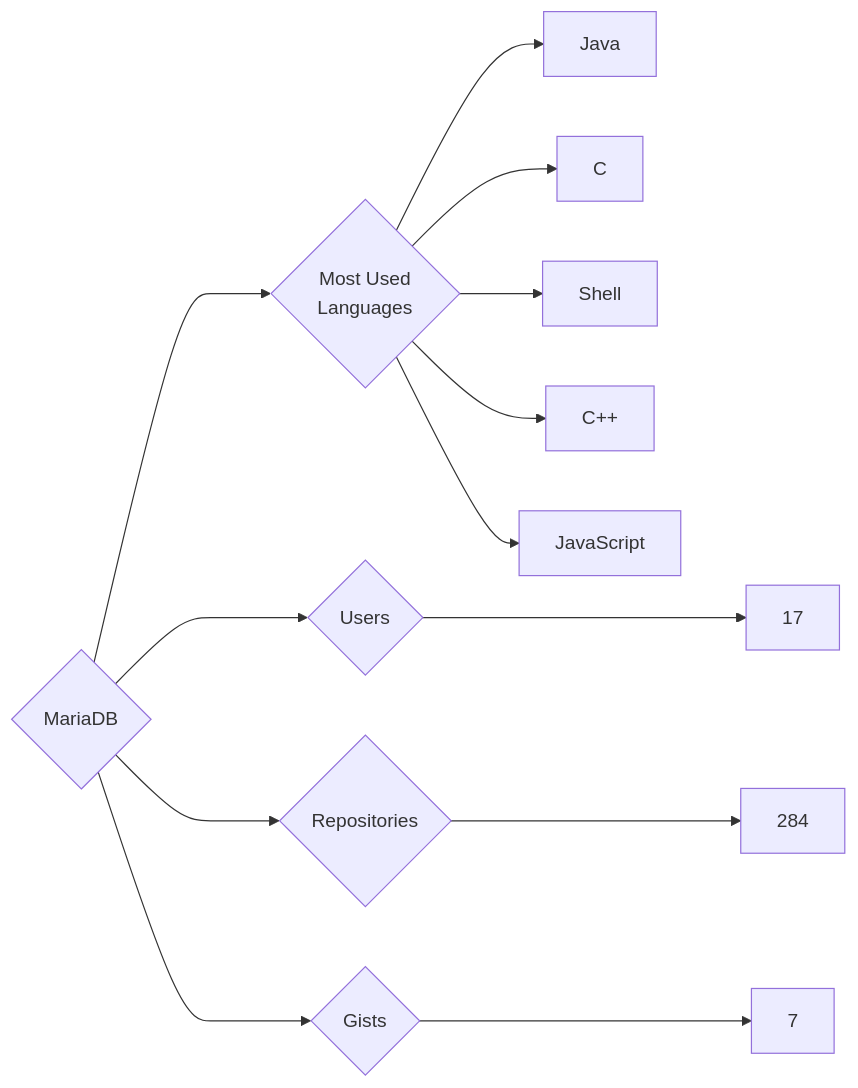
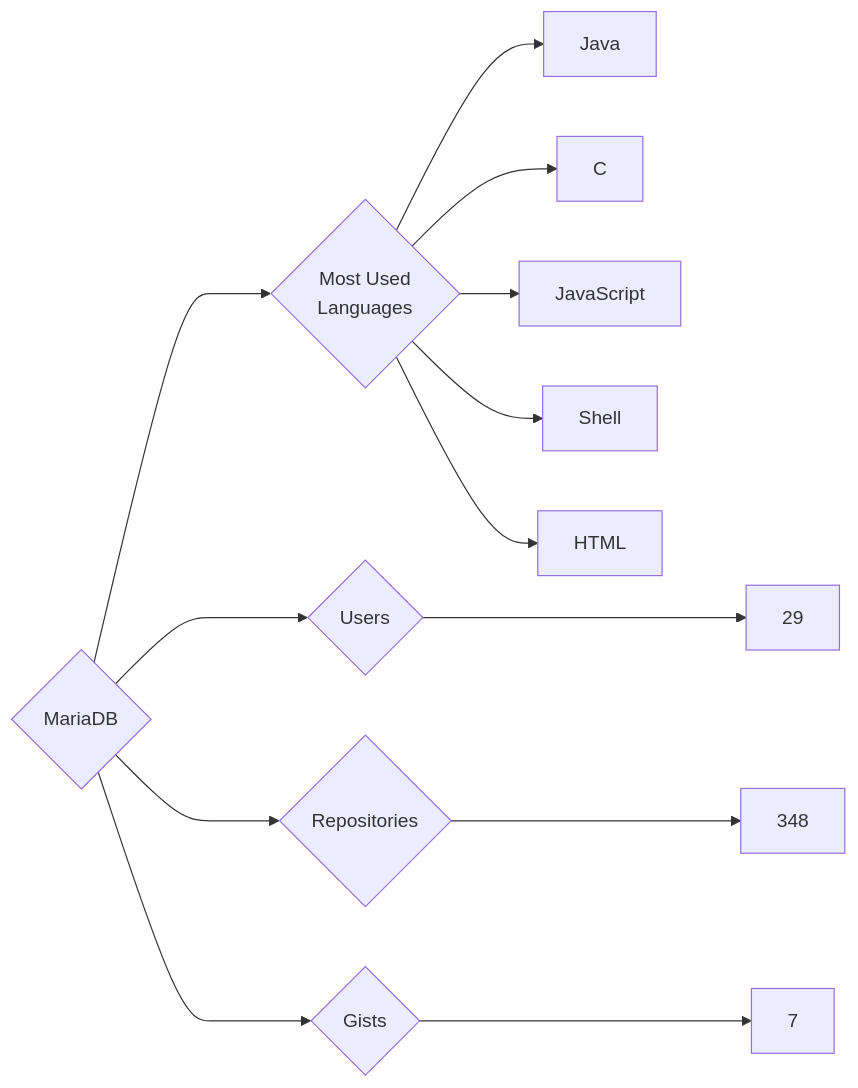
Before and after one commit to trickest/insiders: the diagram in targets/MariaDB/README.md, drawn with Mermaid. The commit also changed 823 other files, not shown here.

````diff
--- a/targets/MariaDB/README.md
+++ b/targets/MariaDB/README.md
@@ -3,13 +3,13 @@
 ```mermaid
 graph LR
 COMPANY_NAME{MariaDB}
-COMPANY_NAME ---> U{Users} ---> UN[17]
-COMPANY_NAME ---> R{Repositories} ---> RN[284]
+COMPANY_NAME ---> U{Users} ---> UN[29]
+COMPANY_NAME ---> R{Repositories} ---> RN[348]
 COMPANY_NAME ---> G{Gists} ---> GN[7]
 COMPANY_NAME ---> ML{Most Used<br>Languages}
 ML --> Java[Java]
 ML --> C[C]
+ML --> JavaScript[JavaScript]
 ML --> Shell[Shell]
-ML --> C++[C++]
-ML --> JavaScript[JavaScript]
+ML --> HTML[HTML]
 ```
````
